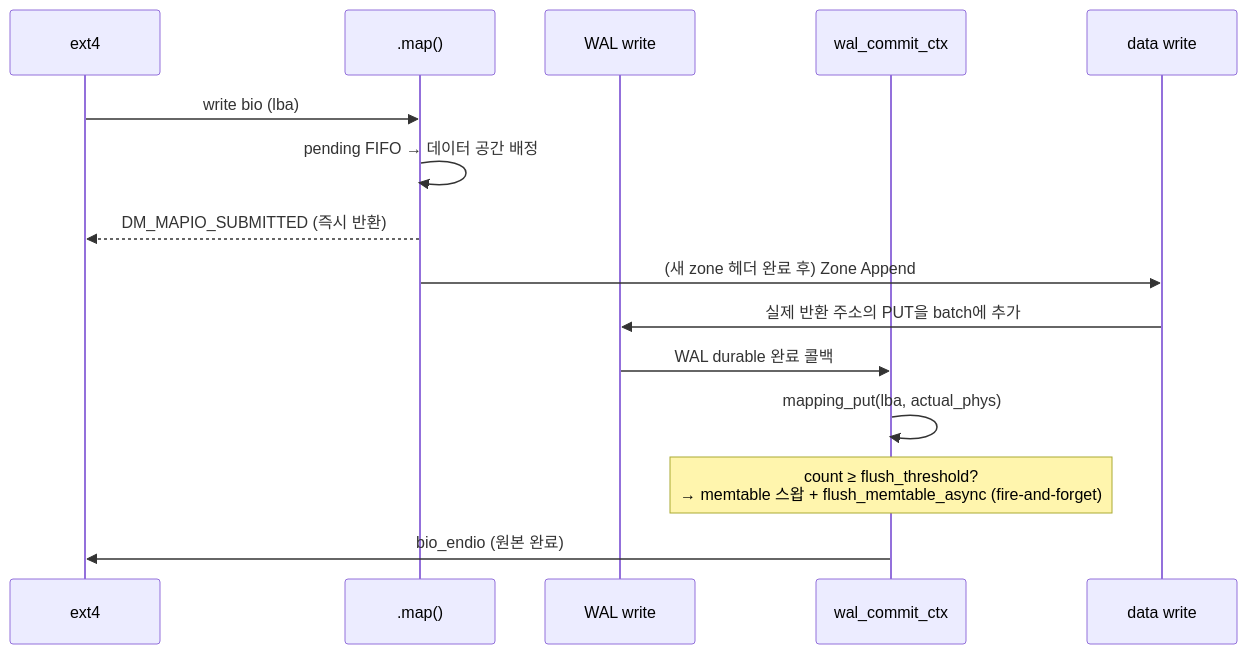
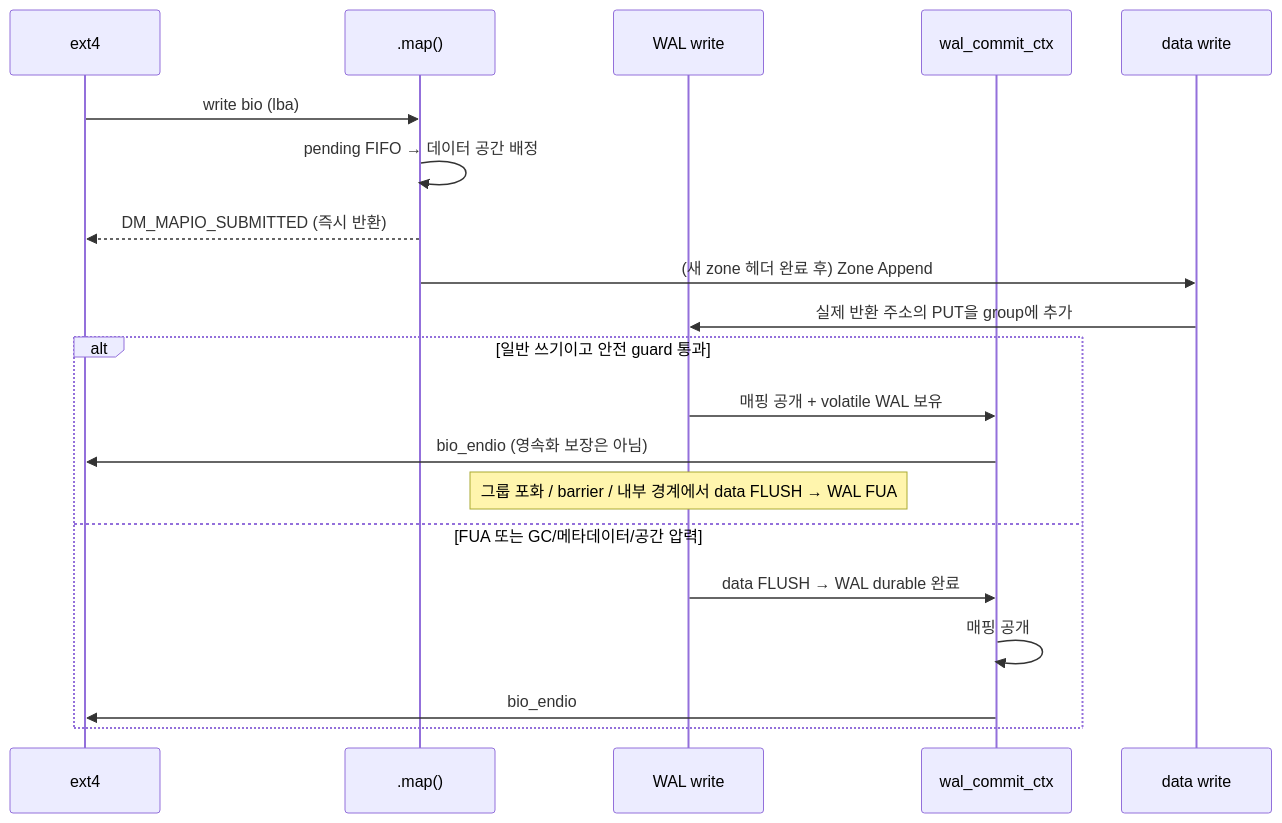
One commit to ZnsCapstone/dm-zns-base changed the second of 3 diagrams in README.md. Above: the diagram before and after it, drawn with Mermaid. The commit also changed other lines of this file and 8 other files, not shown here.

````diff
--- a/README.md
+++ b/README.md
@@ -208,17 +217,22 @@
 ```mermaid
 sequenceDiagram
     participant FS as ext4
     participant MAP as .map()
     participant WAL as WAL write
     participant CB as wal_commit_ctx
     participant DATA as data write
     FS->>MAP: write bio (lba)
     MAP->>MAP: pending FIFO → 데이터 공간 배정
     MAP-->>FS: DM_MAPIO_SUBMITTED (즉시 반환)
     MAP->>DATA: (새 zone 헤더 완료 후) Zone Append
-    DATA->>WAL: 실제 반환 주소의 PUT을 batch에 추가
-    WAL->>CB: WAL durable 완료 콜백
-    CB->>CB: mapping_put(lba, actual_phys)
-    Note over CB: count ≥ flush_threshold?<br/>→ memtable 스왑 + flush_memtable_async (fire-and-forget)
-    CB->>FS: bio_endio (원본 완료)
+    DATA->>WAL: 실제 반환 주소의 PUT을 group에 추가
+    alt 일반 쓰기이고 안전 guard 통과
+        WAL->>CB: 매핑 공개 + volatile WAL 보유
+        CB->>FS: bio_endio (영속화 보장은 아님)
+        Note over WAL: 그룹 포화 / barrier / 내부 경계에서 data FLUSH → WAL FUA
+    else FUA 또는 GC/메타데이터/공간 압력
+        WAL->>CB: data FLUSH → WAL durable 완료
+        CB->>CB: 매핑 공개
+        CB->>FS: bio_endio
+    end
 ```
````
